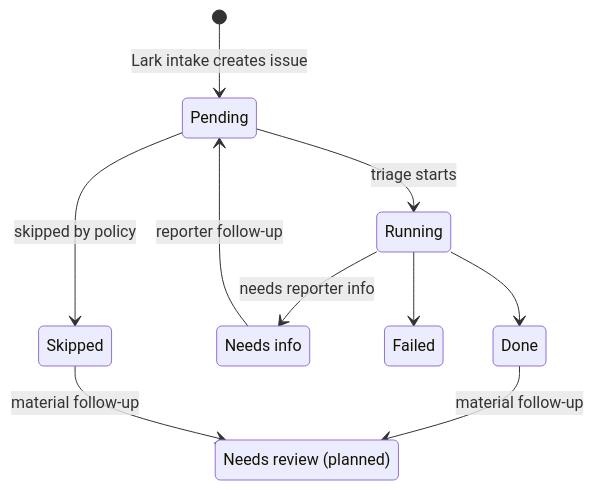
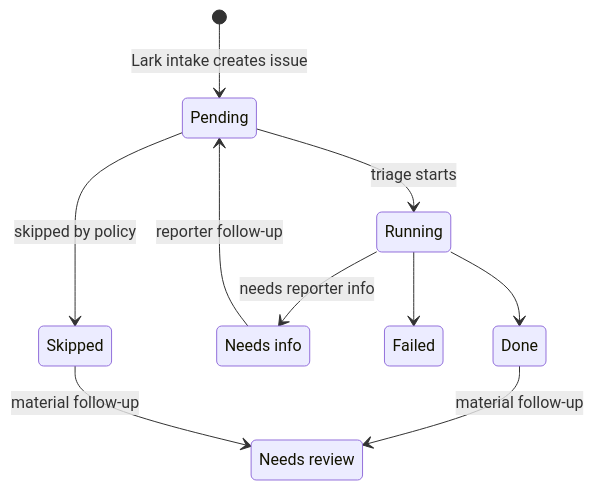
The second of 2 diagrams in README.md (verneagent/bugpatrol), drawn with Mermaid before and after one commit. The commit also changed other lines of this file and 11 other files, not shown here.

````diff
--- a/README.md
+++ b/README.md
@@ -136,15 +149,15 @@
 ```mermaid
 stateDiagram-v2
   [*] --> Pending: Lark intake creates issue
   Pending --> Running: triage starts
   Running --> Done
   Running --> NeedsInfo: needs reporter info
   Running --> Failed
   Pending --> Skipped: skipped by policy
   Done --> NeedsReview: material follow-up
   Skipped --> NeedsReview: material follow-up
   NeedsInfo --> Pending: reporter follow-up
 
   state "Needs info" as NeedsInfo
-  state "Needs review (planned)" as NeedsReview
+  state "Needs review" as NeedsReview
 ```
````
